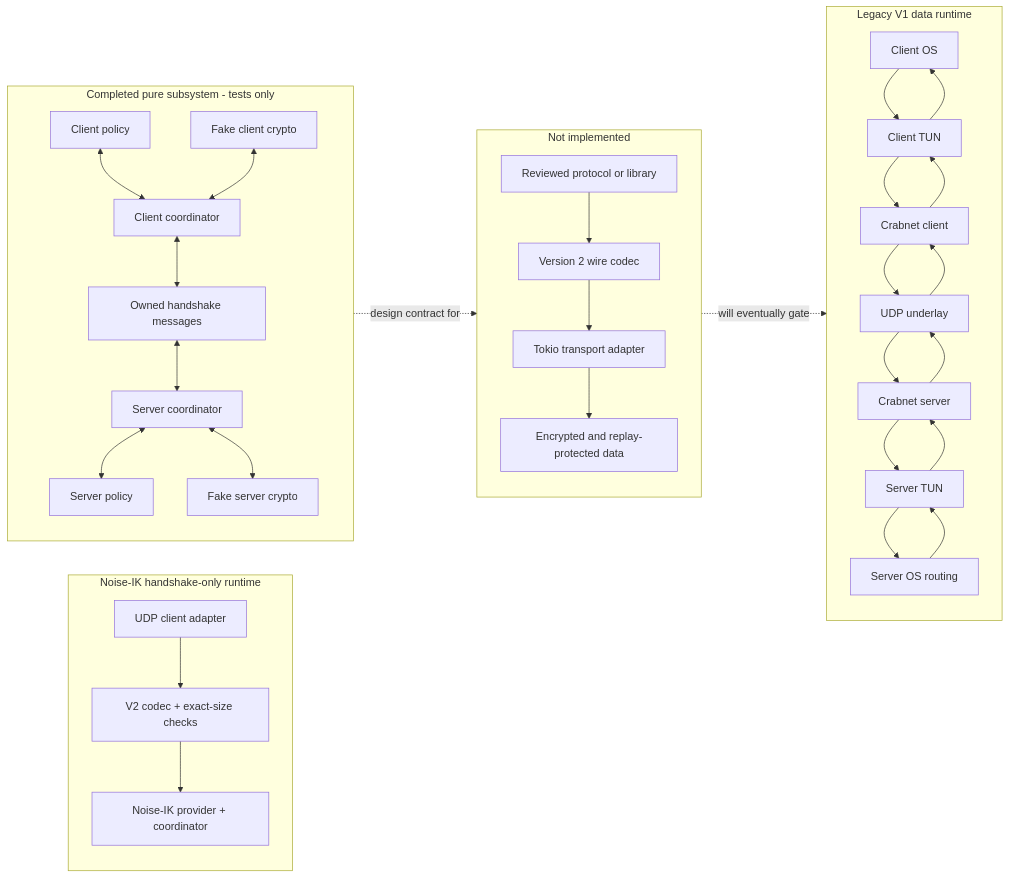
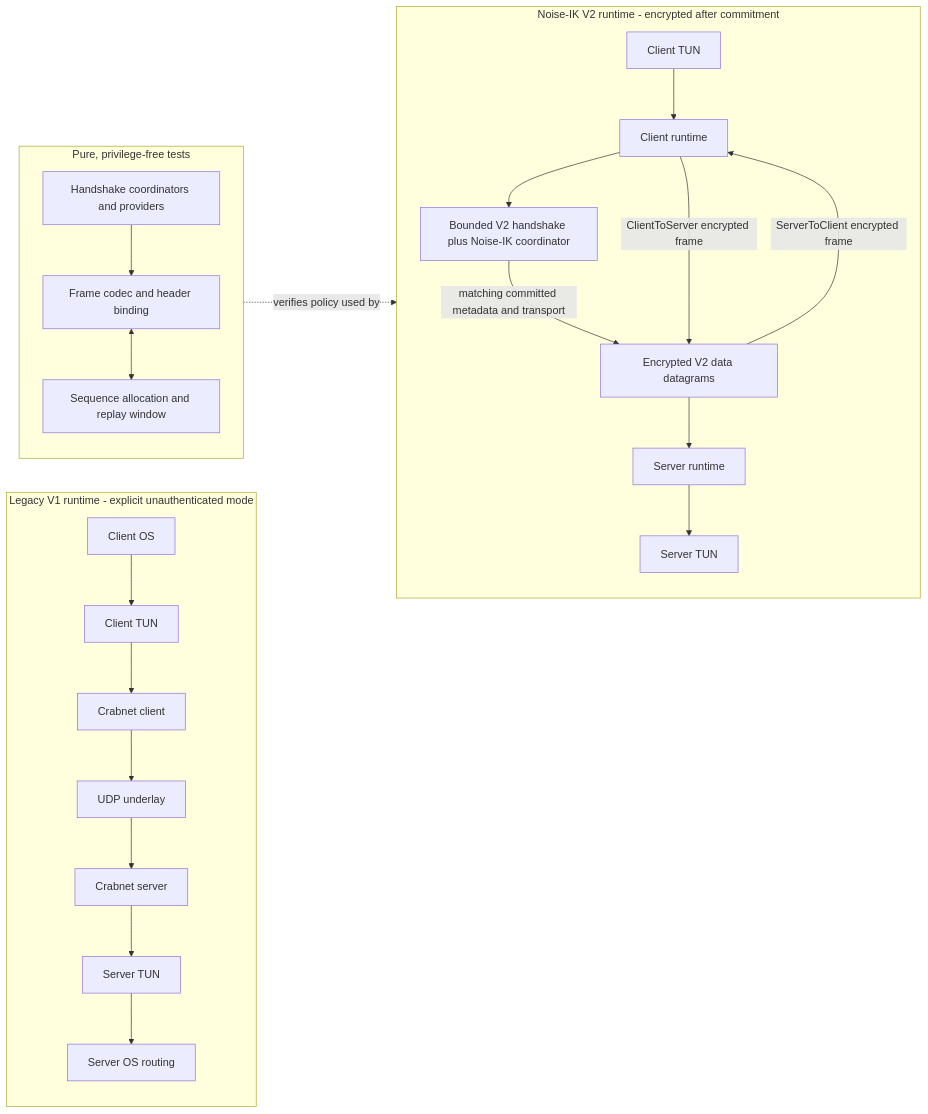
Before and after one commit to thiennguyen56/crabnet: the first of 10 diagrams in docs/diagrams.md, drawn with Mermaid. The commit also changed other lines of this file and 23 other files, not shown here.

````diff
--- a/docs/diagrams.md
+++ b/docs/diagrams.md
@@ -13,50 +13,37 @@
 ```mermaid
 flowchart LR
-    subgraph Runtime[Legacy V1 data runtime]
-        ClientOS[Client OS]
-        ClientTun[Client TUN]
-        ClientRuntime[Crabnet client]
-        UDP[UDP underlay]
-        ServerRuntime[Crabnet server]
-        ServerTun[Server TUN]
-        ServerOS[Server OS routing]
-
-        ClientOS --> ClientTun --> ClientRuntime --> UDP --> ServerRuntime --> ServerTun --> ServerOS
-        ServerOS --> ServerTun --> ServerRuntime --> UDP --> ClientRuntime --> ClientTun --> ClientOS
+    subgraph Legacy[Legacy V1 runtime - explicit unauthenticated mode]
+        LegacyClientOS[Client OS] --> LegacyClientTun[Client TUN]
+        LegacyClientTun --> LegacyClient[Crabnet client]
+        LegacyClient --> LegacyUdp[UDP underlay]
+        LegacyUdp --> LegacyServer[Crabnet server]
+        LegacyServer --> LegacyServerTun[Server TUN] --> LegacyServerOS[Server OS routing]
     end
 
-    subgraph Noise[Noise-IK handshake-only runtime]
-        NoiseClient[UDP client adapter]
-        NoiseCodec[V2 codec + exact-size checks]
-        NoiseProvider[Noise-IK provider + coordinator]
-        NoiseClient --> NoiseCodec --> NoiseProvider
+    subgraph Noise[Noise-IK V2 runtime - encrypted after commitment]
+        NoiseClientTun[Client TUN]
+        NoiseClient[Client runtime]
+        Handshake[Bounded V2 handshake plus Noise-IK coordinator]
+        EncryptedUdp[Encrypted V2 data datagrams]
+        NoiseServer[Server runtime]
+        NoiseServerTun[Server TUN]
+
+        NoiseClientTun --> NoiseClient
+        NoiseClient --> Handshake
+        Handshake -->|matching committed metadata and transport| EncryptedUdp
+        NoiseClient -->|ClientToServer encrypted frame| EncryptedUdp
+        EncryptedUdp -->|ServerToClient encrypted frame| NoiseClient
+        EncryptedUdp --> NoiseServer
+        NoiseServer --> NoiseServerTun
     end
 
-    subgraph Pure[Completed pure subsystem - tests only]
-        ClientPolicy[Client policy]
-        ClientCoordinator[Client coordinator]
-        FakeClientCrypto[Fake client crypto]
-        OwnedMessages[Owned handshake messages]
-        ServerCoordinator[Server coordinator]
-        ServerPolicy[Server policy]
-        FakeServerCrypto[Fake server crypto]
-
-        ClientPolicy <--> ClientCoordinator
-        FakeClientCrypto <--> ClientCoordinator
-        ClientCoordinator <--> OwnedMessages <--> ServerCoordinator
-        ServerCoordinator <--> ServerPolicy
-        ServerCoordinator <--> FakeServerCrypto
+    subgraph Pure[Pure, privilege-free tests]
+        Frame[Frame codec and header binding]
+        Replay[Sequence allocation and replay window]
+        Providers[Handshake coordinators and providers]
+        Frame <--> Replay
+        Providers --> Frame
     end
 
-    subgraph Future[Not implemented]
-        RealProtocol[Reviewed protocol or library]
-        WireCodec[Version 2 wire codec]
-        RuntimeAdapter[Tokio transport adapter]
-        EncryptedData[Encrypted and replay-protected data]
-
-        RealProtocol --> WireCodec --> RuntimeAdapter --> EncryptedData
-    end
-
-    Pure -. design contract for .-> Future
-    Future -. will eventually gate .-> Runtime
+    Pure -. verifies policy used by .-> Noise
 ```
````
